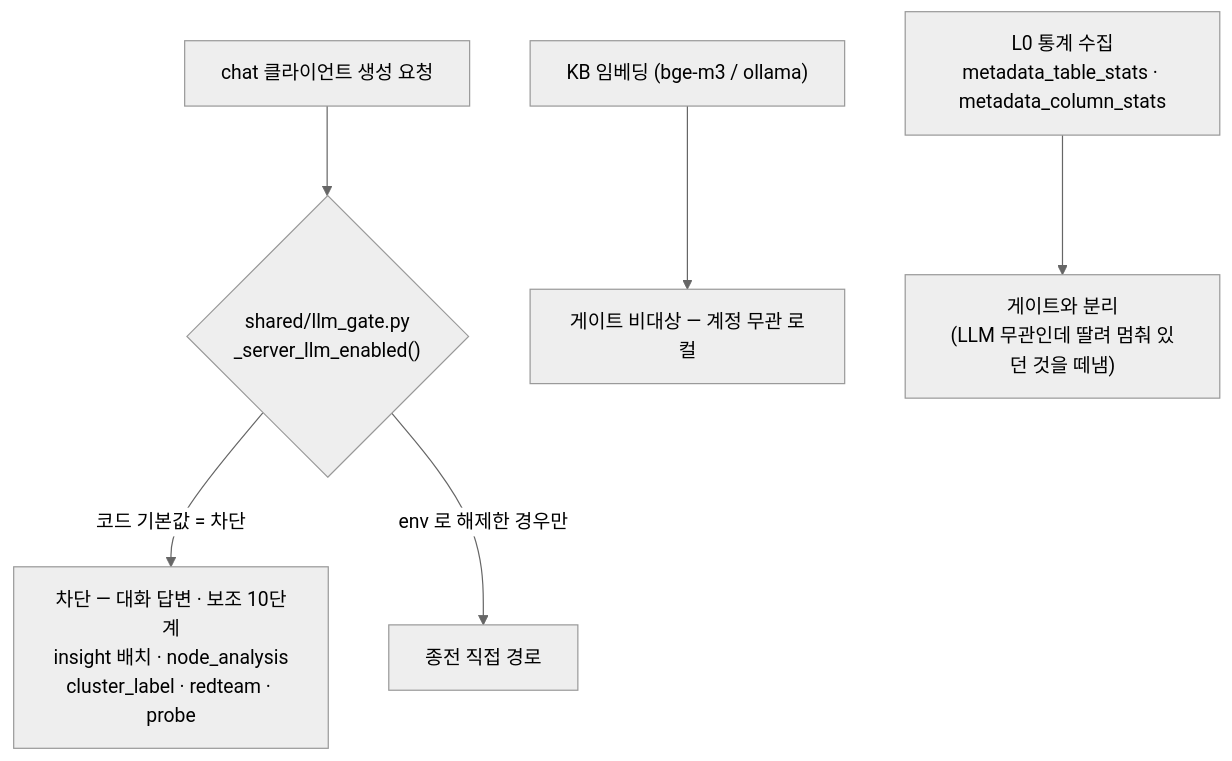
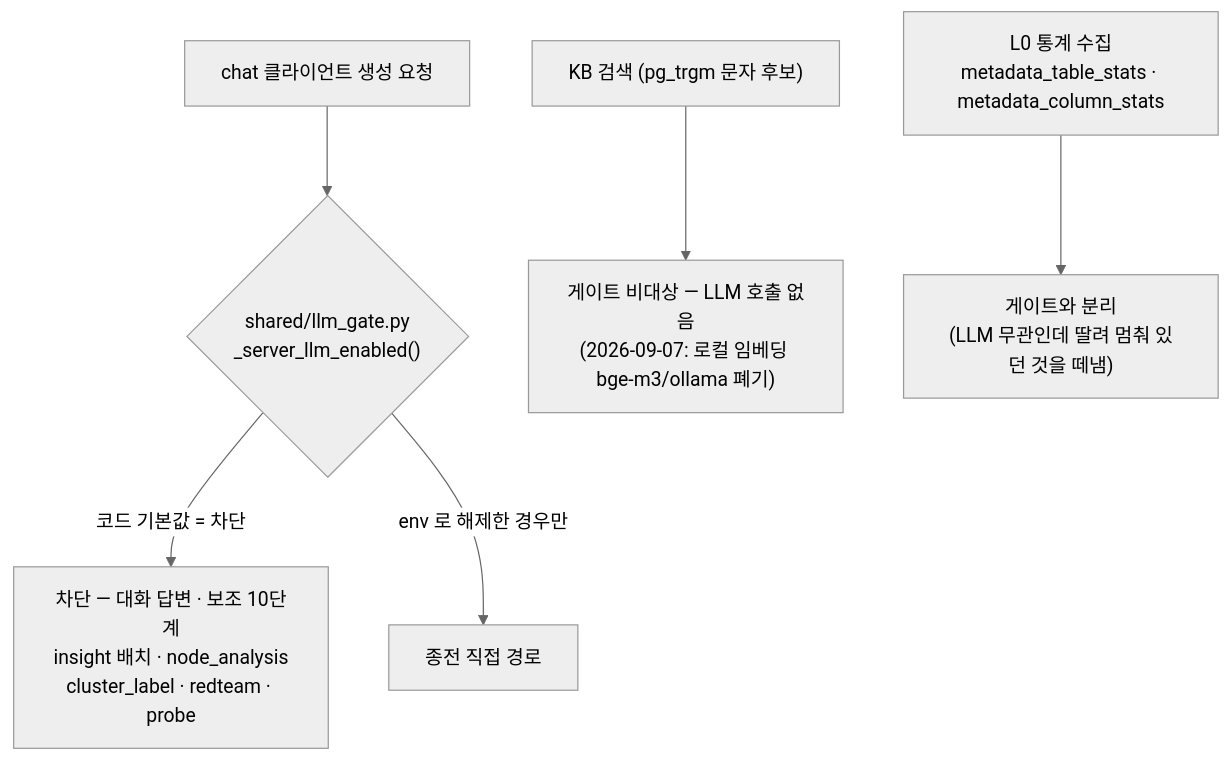
The second of 11 diagrams in wiki/Flows/External-AI-Bridge.md (msmckimgpt-tech/gstack_dba_ai_assistant), drawn with Mermaid (neutral theme) before and after one commit. The commit also changed other lines of this file and 21 other files, not shown here.

````diff
--- a/wiki/Flows/External-AI-Bridge.md
+++ b/wiki/Flows/External-AI-Bridge.md
@@ -90,9 +90,9 @@
 ```mermaid
 flowchart TD
     C["chat 클라이언트 생성 요청"] --> G{"shared/llm_gate.py<br/>_server_llm_enabled()"}
     G -->|"코드 기본값 = 차단"| BLK["차단 — 대화 답변 · 보조 10단계<br/>insight 배치 · node_analysis<br/>cluster_label · redteam · probe"]
     G -->|"env 로 해제한 경우만"| PASS["종전 직접 경로"]
 
-    E["KB 임베딩 (bge-m3 / ollama)"] --> OK["게이트 비대상 — 계정 무관 로컬"]
+    E["KB 검색 (pg_trgm 문자 후보)"] --> OK["게이트 비대상 — LLM 호출 없음<br/>(2026-09-07: 로컬 임베딩 bge-m3/ollama 폐기)"]
     S["L0 통계 수집<br/>metadata_table_stats · metadata_column_stats"] --> OK2["게이트와 분리<br/>(LLM 무관인데 딸려 멈춰 있던 것을 떼냄)"]
 ```
````
